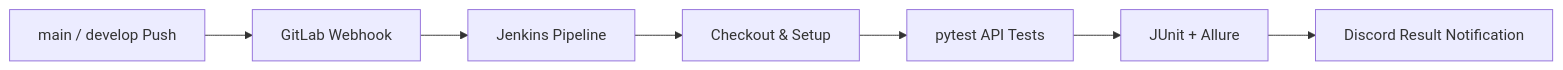
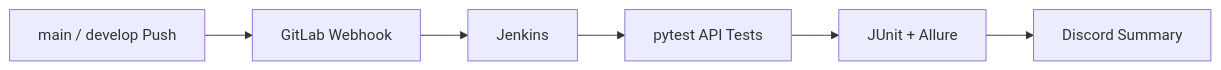
The diagram in README.md (LDeHa/elice-qa-automation), drawn with Mermaid before and after one commit. The commit also changed other lines of this file, not shown here.

````diff
--- a/README.md
+++ b/README.md
@@ -29,9 +58,8 @@
 ```mermaid
 flowchart LR
-    A["main / develop Push"] --> B["GitLab Webhook"]
-    B --> C["Jenkins Pipeline"]
-    C --> D["Checkout & Setup"]
-    D --> E["pytest API Tests"]
-    E --> F["JUnit + Allure"]
-    F --> G["Discord Result Notification"]
+    A[main / develop Push] --> B[GitLab Webhook]
+    B --> C[Jenkins]
+    C --> D[pytest API Tests]
+    D --> E[JUnit + Allure]
+    E --> F[Discord Summary]
 ```
````
